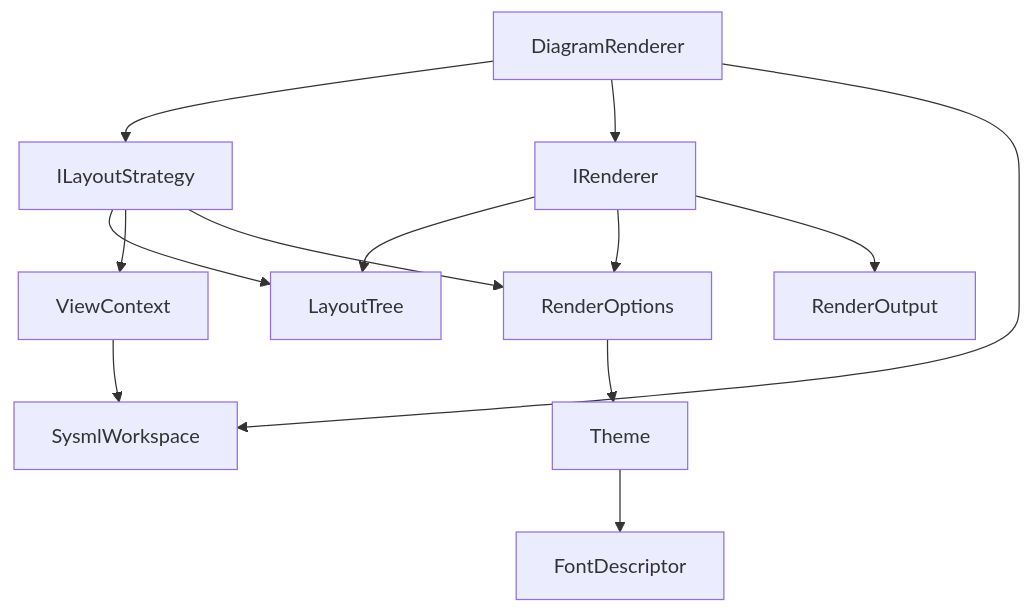
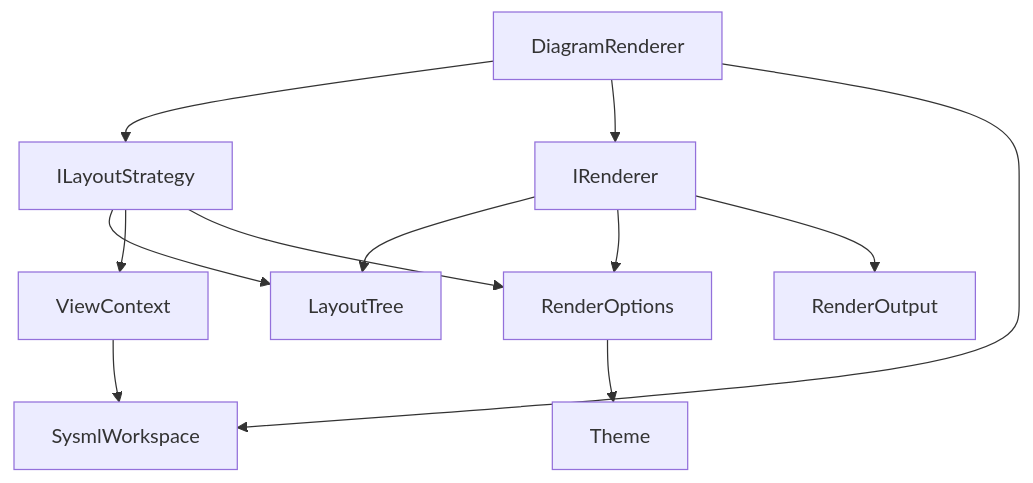
Before and after one commit to demaconsulting/SysML2Tools: the diagram in docs/design/sysml2-tools-core/rendering.md, drawn with Mermaid. The commit also changed other lines of this file and 287 other files, not shown here.

First line of the commit message:
Revise roadmap and enhance layout algorithms for Phase 14-15 (#11)

````diff
--- a/docs/design/sysml2-tools-core/rendering.md
+++ b/docs/design/sysml2-tools-core/rendering.md
@@ -16,15 +16,14 @@
 ```mermaid
 flowchart TD
     DiagramRenderer --> ILayoutStrategy
     DiagramRenderer --> IRenderer
     DiagramRenderer --> SysmlWorkspace
     ILayoutStrategy --> LayoutTree
     ILayoutStrategy --> ViewContext
     ILayoutStrategy --> RenderOptions
     IRenderer --> LayoutTree
     IRenderer --> RenderOptions
     IRenderer --> RenderOutput
     RenderOptions --> Theme
-    Theme --> FontDescriptor
     ViewContext --> SysmlWorkspace
 ```
````
